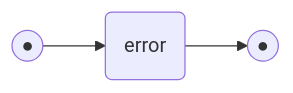
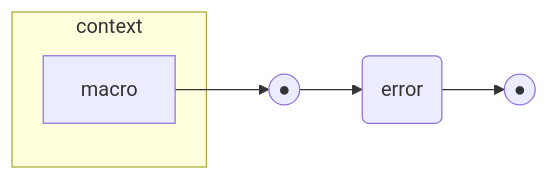
Before and after one commit to billhails/CEKF: diagram 50 of 59 in docs/railroad.md, drawn with Mermaid. The commit also changed other lines of this file and 4 other files, not shown here.

````diff
--- a/docs/railroad.md
+++ b/docs/railroad.md
@@ -734,6 +776,9 @@
 ```mermaid
 flowchart LR
 s(("●"))
 e(("●"))
-s --> error(error) --> e
+subgraph context
+macro
+end
+macro --> s --> error(error) --> e
 ```
````
